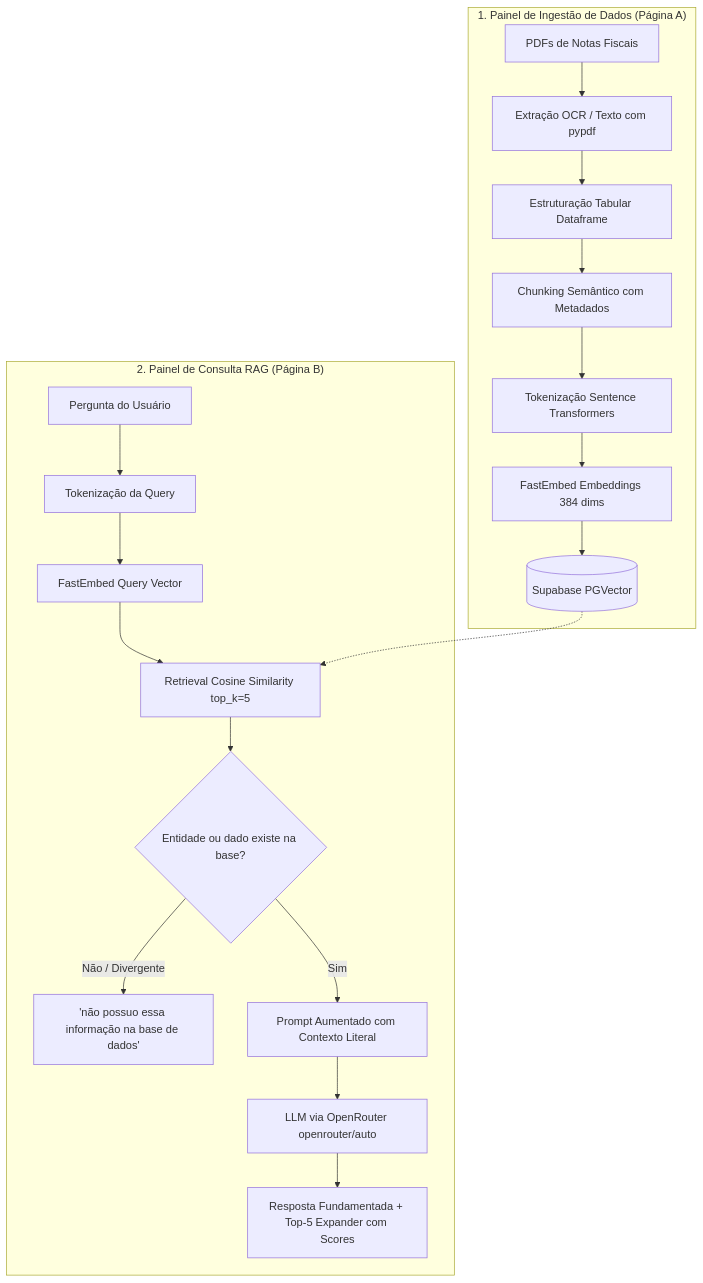
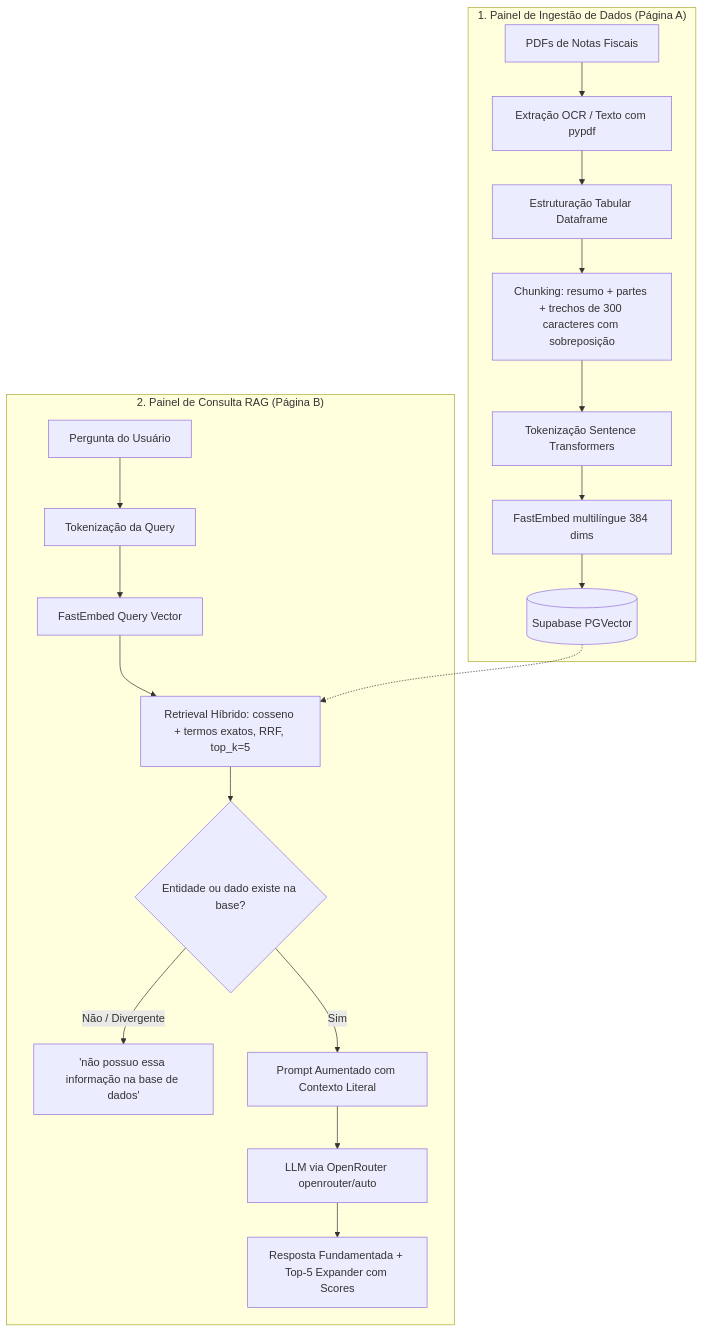
The diagram in README.md (mariagabrielasoares099-boop/Projeto-Rag-IA-GENERATIVA), drawn with Mermaid before and after one commit. The commit also changed other lines of this file and 6 other files, not shown here.

First line of the commit message:
feat: retrieval híbrido com embedding multilíngue e chunking com sobreposição

````diff
--- a/README.md
+++ b/README.md
@@ -33,23 +33,23 @@
 ```mermaid
 flowchart TD
     subgraph Ingestao ["1. Painel de Ingestão de Dados (Página A)"]
         A[PDFs de Notas Fiscais] --> B[Extração OCR / Texto com pypdf]
         B --> C[Estruturação Tabular Dataframe]
-        C --> D[Chunking Semântico com Metadados]
+        C --> D[Chunking: resumo + partes + trechos de 300 caracteres com sobreposição]
         D --> E[Tokenização Sentence Transformers]
-        E --> F[FastEmbed Embeddings 384 dims]
+        E --> F[FastEmbed multilíngue 384 dims]
         F --> G[(Supabase PGVector)]
     end
 
     subgraph Chat ["2. Painel de Consulta RAG (Página B)"]
         H[Pergunta do Usuário] --> I[Tokenização da Query]
         I --> J[FastEmbed Query Vector]
-        J --> K[Retrieval Cosine Similarity top_k=5]
+        J --> K[Retrieval Híbrido: cosseno + termos exatos, RRF, top_k=5]
         G -.-> K
         K --> L{Entidade ou dado existe na base?}
         L -- Não / Divergente --> M["'não possuo essa informação na base de dados'"]
         L -- Sim --> N[Prompt Aumentado com Contexto Literal]
         N --> O[LLM via OpenRouter openrouter/auto]
         O --> P[Resposta Fundamentada + Top-5 Expander com Scores]
     end
 ```
````
